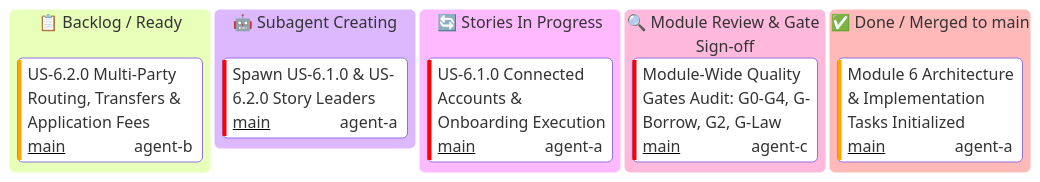
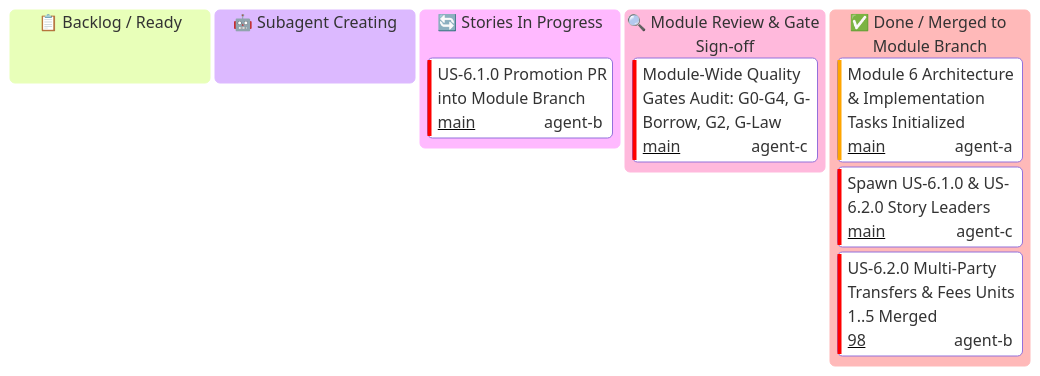
The diagram in docs/user-stories/module-6-connect-and-marketplaces/MODULE-KANBAN.md (some-of-cs/some-stripe), drawn with Mermaid before and after one commit. The commit also changed other lines of this file and 1 other file, not shown here.

Commit message:
docs(module-6): update module kanban and checkpoint with US-6.2.0 promotion merge

````diff
--- a/docs/user-stories/module-6-connect-and-marketplaces/MODULE-KANBAN.md
+++ b/docs/user-stories/module-6-connect-and-marketplaces/MODULE-KANBAN.md
@@ -15,18 +15,18 @@
 ```mermaid
 ---
 config:
   kanban:
     ticketBaseUrl: 'https://github.com/some-of-cs/some-stripe/pull/#TICKET#'
 ---
 kanban
   todo[📋 Backlog / Ready]
-    m6_s62_backlog[US-6.2.0 Multi-Party Routing, Transfers & Application Fees]@{ ticket: 'main', assigned: 'agent-b', priority: 'High' }
   spawning[🤖 Subagent Creating]
-    m6_spawn_stories[Spawn US-6.1.0 & US-6.2.0 Story Leaders]@{ ticket: 'main', assigned: 'agent-a', priority: 'Very High' }
   in_progress[🔄 Stories In Progress]
-    m6_s61_progress[US-6.1.0 Connected Accounts & Onboarding Execution]@{ ticket: 'main', assigned: 'agent-a', priority: 'Very High' }
+    m6_s61_promotion[US-6.1.0 Promotion PR into Module Branch]@{ ticket: 'main', assigned: 'agent-b', priority: 'Very High' }
   review[🔍 Module Review & Gate Sign-off]
     m6_gates[Module-Wide Quality Gates Audit: G0-G4, G-Borrow, G2, G-Law]@{ ticket: 'main', assigned: 'agent-c', priority: 'Very High' }
-  done[✅ Done / Merged to main]
+  done[✅ Done / Merged to Module Branch]
     m6_setup[Module 6 Architecture & Implementation Tasks Initialized]@{ ticket: 'main', assigned: 'agent-a', priority: 'High' }
+    m6_spawn_stories[Spawn US-6.1.0 & US-6.2.0 Story Leaders]@{ ticket: 'main', assigned: 'agent-c', priority: 'Very High' }
+    m6_s62_merged[US-6.2.0 Multi-Party Transfers & Fees Units 1..5 Merged]@{ ticket: '98', assigned: 'agent-b', priority: 'Very High' }
 ```
````
